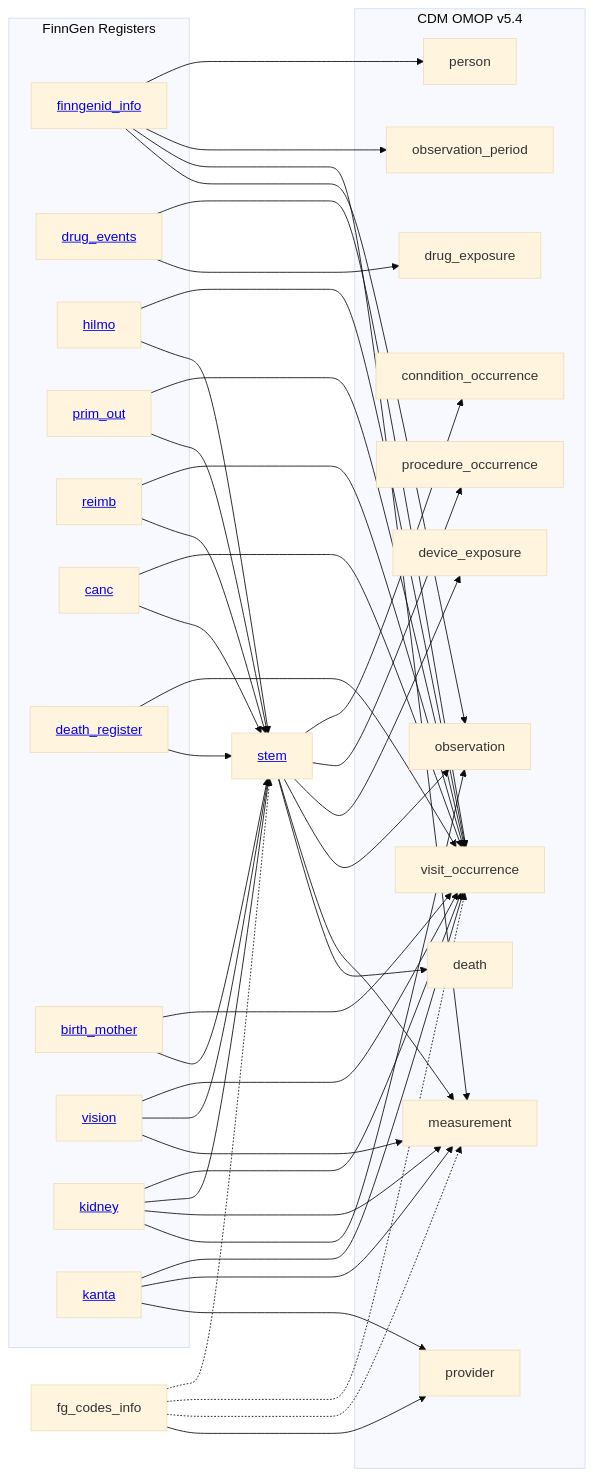
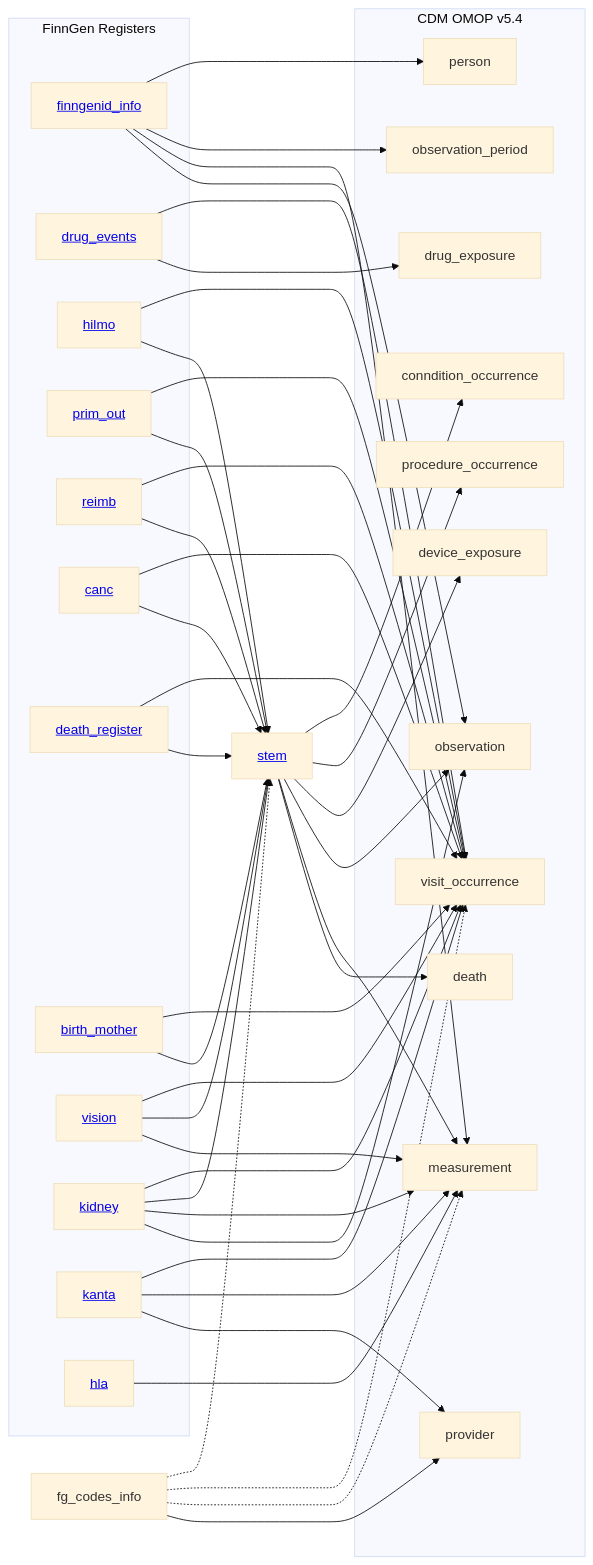
One commit to FINNGEN/ETL changed the diagram in 2_etl_specifications/documentation/home.md. Above: the diagram before and after it, drawn with Mermaid. The commit also changed other lines of this file and 2 other files, not shown here.

Commit message:
Fixed the HLA documentation

```diff
--- a/2_etl_specifications/documentation/home.md
+++ b/2_etl_specifications/documentation/home.md
@@ -32,6 +32,7 @@
         vision[<a href='vision.html'>vision</a>]
         kidney[<a href='kidney.html'>kidney</a>]
         kanta[<a href='kanta.html'>kanta</a>]
+        hla[<a href='hla.html'>hla</a>]
     end
 
     stem[<a href='stem.html'>stem</a>]
@@ -89,6 +90,8 @@
     kanta --> visit_occurrence
     kanta --> measurement
     kanta --> provider
+
+    hla --> measurement
     
     stem --> conndition_occurrence 
     stem --> procedure_occurrence
```
